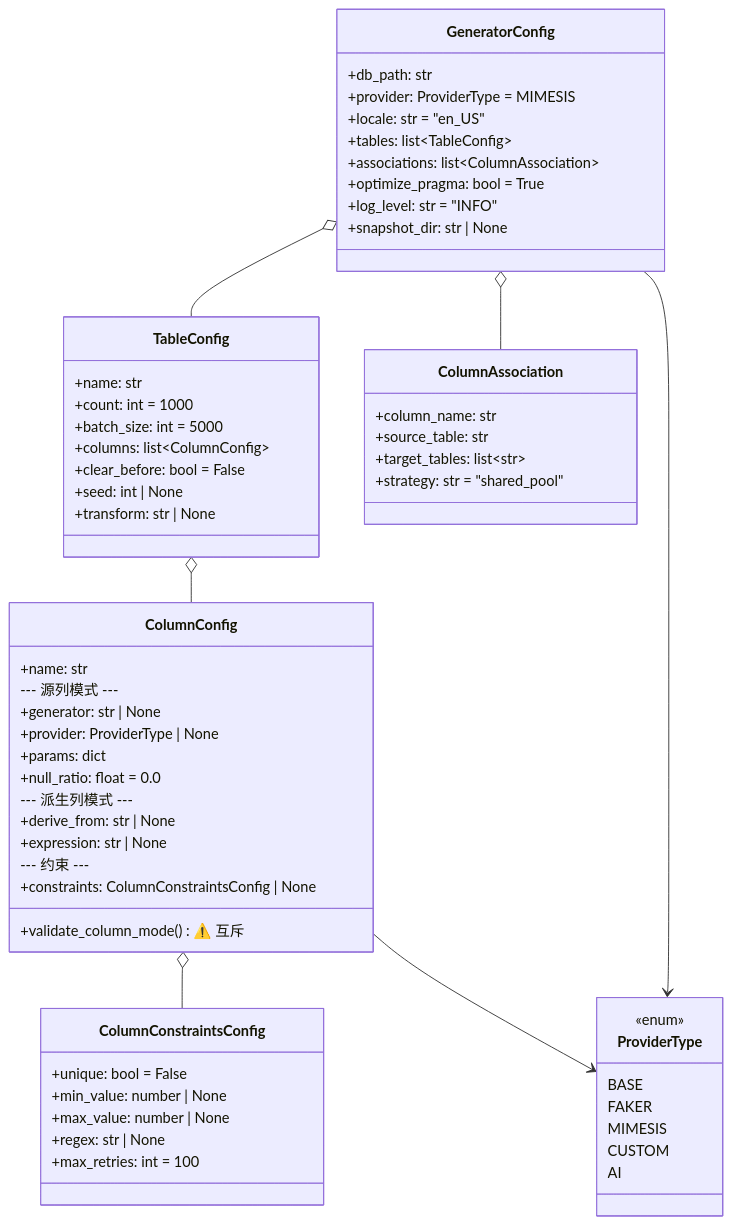
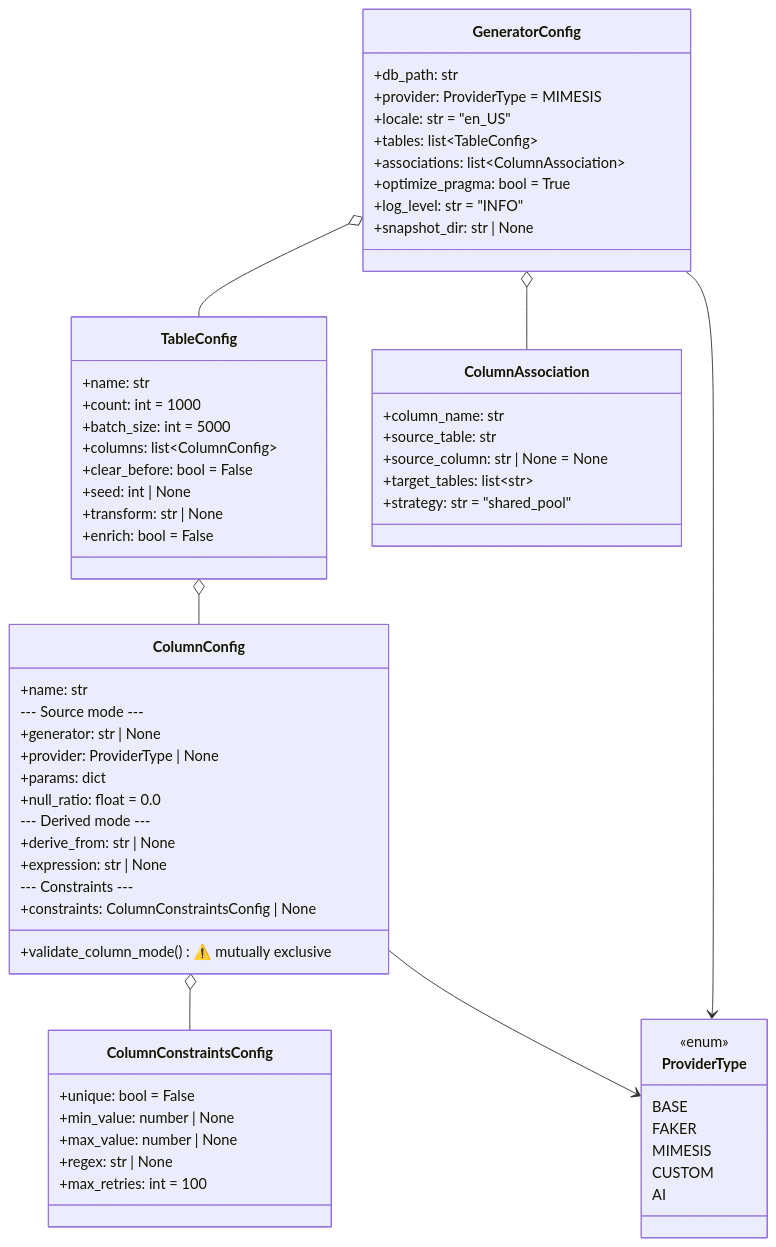
Before and after one commit to sunbos/sqlseed: the ninth of 10 diagrams in docs/architecture.md, drawn with Mermaid. The commit also changed other lines of this file and 23 other files, not shown here.

````diff
--- a/docs/architecture.md
+++ b/docs/architecture.md
@@ -535,69 +540,71 @@
 ```mermaid
 classDiagram
     class GeneratorConfig {
         +db_path: str
         +provider: ProviderType = MIMESIS
         +locale: str = "en_US"
         +tables: list~TableConfig~
         +associations: list~ColumnAssociation~
         +optimize_pragma: bool = True
         +log_level: str = "INFO"
         +snapshot_dir: str | None
     }
 
     class TableConfig {
         +name: str
         +count: int = 1000
         +batch_size: int = 5000
         +columns: list~ColumnConfig~
         +clear_before: bool = False
         +seed: int | None
         +transform: str | None
+        +enrich: bool = False
     }
 
     class ColumnConfig {
         +name: str
-        --- 源列模式 ---
+        --- Source mode ---
         +generator: str | None
         +provider: ProviderType | None
         +params: dict
         +null_ratio: float = 0.0
-        --- 派生列模式 ---
+        --- Derived mode ---
         +derive_from: str | None
         +expression: str | None
-        --- 约束 ---
+        --- Constraints ---
         +constraints: ColumnConstraintsConfig | None
-        +validate_column_mode() ⚠️ 互斥
+        +validate_column_mode() ⚠️ mutually exclusive
     }
 
     class ColumnConstraintsConfig {
         +unique: bool = False
         +min_value: number | None
         +max_value: number | None
         +regex: str | None
         +max_retries: int = 100
     }
 
     class ColumnAssociation {
         +column_name: str
         +source_table: str
+        +source_column: str | None = None
         +target_tables: list~str~
         +strategy: str = "shared_pool"
     }
 
     class ProviderType {
         <<enum>>
         BASE
         FAKER
         MIMESIS
         CUSTOM
         AI
     }
 
     GeneratorConfig o-- TableConfig
     GeneratorConfig o-- ColumnAssociation
     GeneratorConfig --> ProviderType
     TableConfig o-- ColumnConfig
     ColumnConfig o-- ColumnConstraintsConfig
     ColumnConfig --> ProviderType
 ```
````
